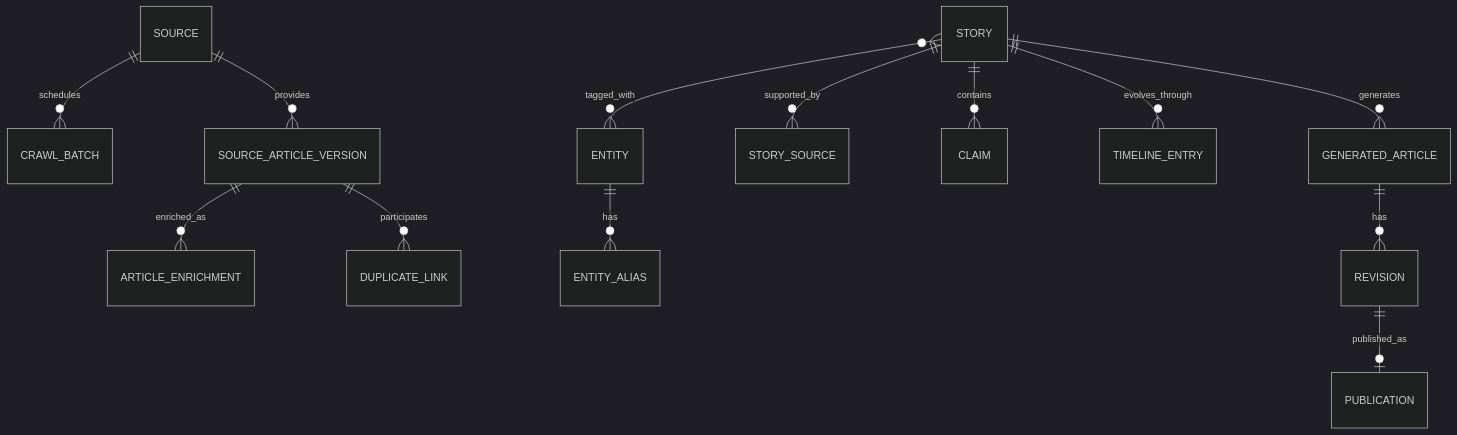
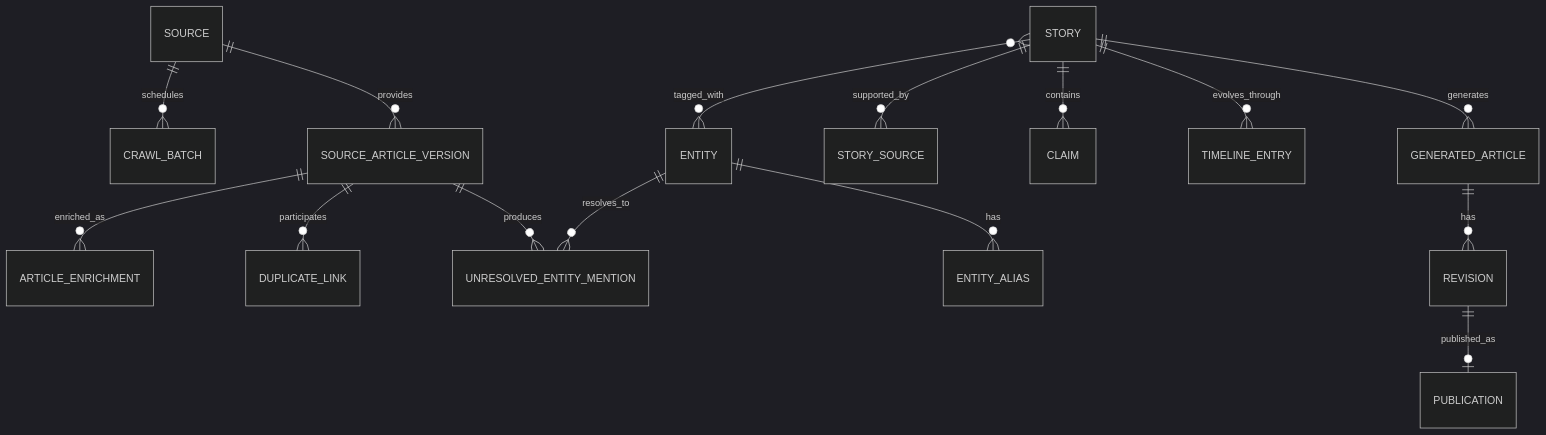
The first of 2 diagrams in docs/data-model.md (marvinphung/project3), drawn with Mermaid (dark theme) before and after one commit. The commit also changed other lines of this file and 26 other files, not shown here.

````diff
--- a/docs/data-model.md
+++ b/docs/data-model.md
@@ -15,15 +15,17 @@
 ```mermaid
 erDiagram
     SOURCE ||--o{ CRAWL_BATCH : schedules
     SOURCE ||--o{ SOURCE_ARTICLE_VERSION : provides
     SOURCE_ARTICLE_VERSION ||--o{ ARTICLE_ENRICHMENT : enriched_as
     SOURCE_ARTICLE_VERSION ||--o{ DUPLICATE_LINK : participates
+    SOURCE_ARTICLE_VERSION ||--o{ UNRESOLVED_ENTITY_MENTION : produces
     ENTITY ||--o{ ENTITY_ALIAS : has
+    ENTITY ||--o{ UNRESOLVED_ENTITY_MENTION : resolves_to
     STORY }o--o{ ENTITY : tagged_with
     STORY ||--o{ STORY_SOURCE : supported_by
     STORY ||--o{ CLAIM : contains
     STORY ||--o{ TIMELINE_ENTRY : evolves_through
     STORY ||--o{ GENERATED_ARTICLE : generates
     GENERATED_ARTICLE ||--o{ REVISION : has
     REVISION ||--o| PUBLICATION : published_as
 ```
````
